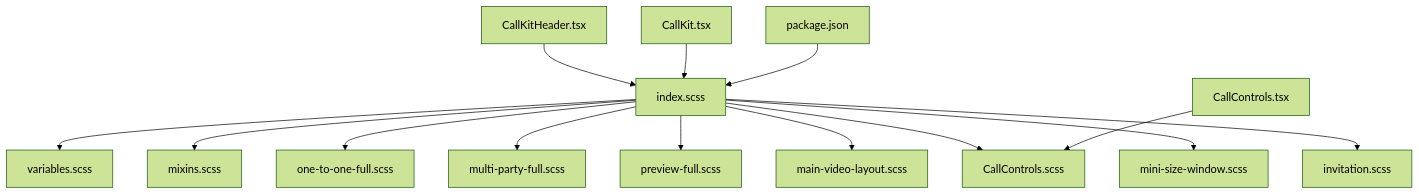
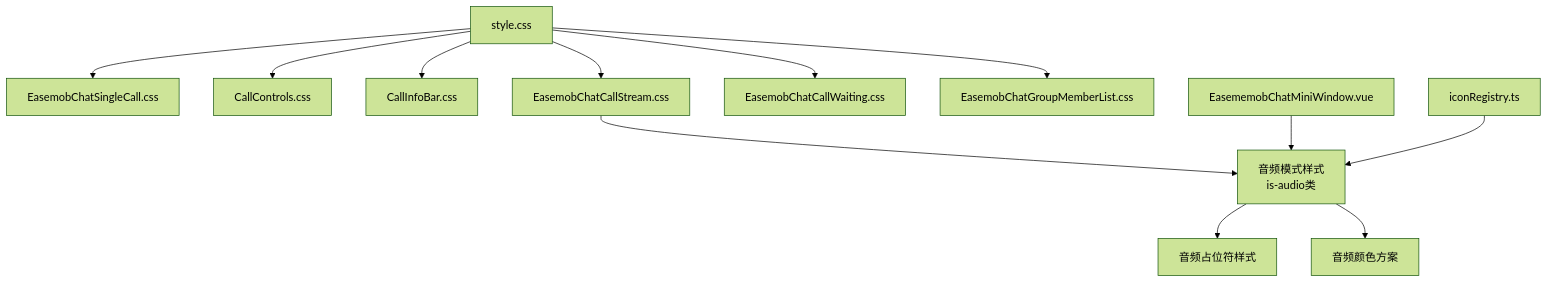
Before and after one commit to Easemob-Community/easemob-uikit-callkit-vue3: the third of 3 diagrams in .qoder/repowiki/zh/content/样式与定制/样式与定制.md, drawn with Mermaid (forest theme). The commit also changed other lines of this file and 58 other files, not shown here.

````diff
--- a/.qoder/repowiki/zh/content/样式与定制/样式与定制.md
+++ b/.qoder/repowiki/zh/content/样式与定制/样式与定制.md
@@ -201,16 +245,14 @@
 ```mermaid
 graph TB
-S["index.scss"] --> V["variables.scss"]
-S --> M["mixins.scss"]
-S --> L1["one-to-one-full.scss"]
-S --> L2["multi-party-full.scss"]
-S --> L3["preview-full.scss"]
-S --> L4["main-video-layout.scss"]
-S --> C1["CallControls.scss"]
-S --> C2["mini-size-window.scss"]
-S --> C3["invitation.scss"]
-T1["CallControls.tsx"] --> C1
-T2["CallKitHeader.tsx"] --> S
-T3["CallKit.tsx"] --> S
-P["package.json"] --> S
+S["style.css"] --> SC["EasemobChatSingleCall.css"]
+S --> CC["CallControls.css"]
+S --> CI["CallInfoBar.css"]
+S --> CS["EasemobChatCallStream.css"]
+S --> CW["EasemobChatCallWaiting.css"]
+S --> GM["EasemobChatGroupMemberList.css"]
+CS --> AM["音频模式样式<br/>is-audio类"]
+AM --> AP["音频占位符样式"]
+AM --> AC["音频颜色方案"]
+MW["EasememobChatMiniWindow.vue"] --> AM
+IR["iconRegistry.ts"] --> AM
 ```
````
